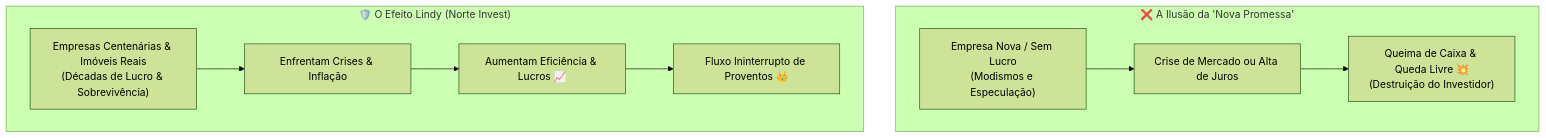
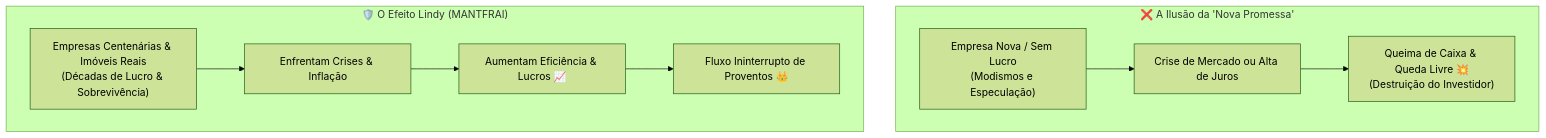
One commit to Rickss100/Davi-Hidra changed the diagram in src/data/academy/lessons/modulo-2/aula-2-2.md. Above: the diagram before and after it, drawn with Mermaid (forest theme). The commit also changed other lines of this file and 43 other files, not shown here.

````diff
--- a/src/data/academy/lessons/modulo-2/aula-2-2.md
+++ b/src/data/academy/lessons/modulo-2/aula-2-2.md
@@ -78,13 +78,13 @@
 ```mermaid
 flowchart TD
     subgraph Fragilidade["❌ A Ilusão da 'Nova Promessa'"]
         P1["Empresa Nova / Sem Lucro<br/>(Modismos e Especulação)"] --> P2["Crise de Mercado ou Alta de Juros"]
         P2 --> P3["Queima de Caixa & Queda Livre 💥<br/>(Destruição do Investidor)"]
     end
 
-    subgraph Solidez["🛡️ O Efeito Lindy (Norte Invest)"]
+    subgraph Solidez["🛡️ O Efeito Lindy (MANTFRAI)"]
         L1["Empresas Centenárias & Imóveis Reais<br/>(Décadas de Lucro & Sobrevivência)"] --> L2["Enfrentam Crises & Inflação"]
         L2 --> L3["Aumentam Eficiência & Lucros 📈"]
         L3 --> L4["Fluxo Ininterrupto de Proventos 👑"]
     end
 ```
````
